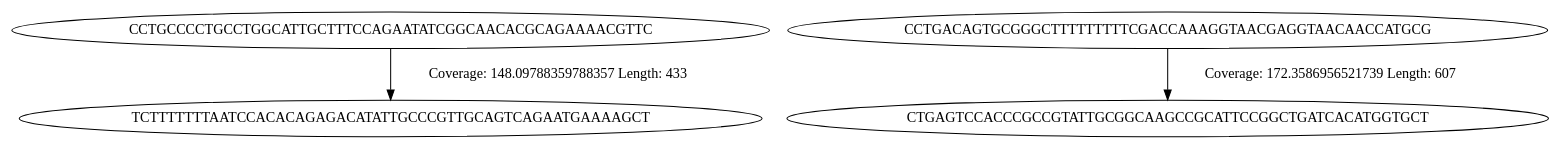
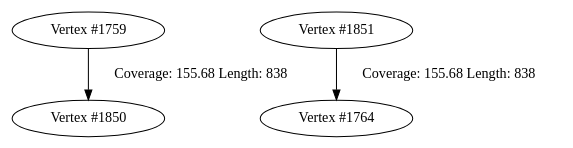
One commit to SacredArrow/NGS_HW changed the diagram in HW5/out1k.dot. Above: the diagram before and after it, drawn with Graphviz. The commit also changed 15 other files, not shown here.

```diff
--- a/HW5/out1k.dot
+++ b/HW5/out1k.dot
@@ -1,4 +1,4 @@
 digraph de_bruijn_graph {
-	CCTGCCCCTGCCTGGCATTGCTTTCCAGAATATCGGCAACACGCAGAAAACGTTC -> TCTTTTTTTAATCCACACAGAGACATATTGCCCGTTGCAGTCAGAATGAAAAGCT [label="Coverage: 148.09788359788357 Length: 433 "]
-	CCTGACAGTGCGGGCTTTTTTTTTCGACCAAAGGTAACGAGGTAACAACCATGCG -> CTGAGTCCACCCGCCGTATTGCGGCAAGCCGCATTCCGGCTGATCACATGGTGCT [label="Coverage: 172.3586956521739 Length: 607 "]
+	"Vertex #1759" -> "Vertex #1850" [label="Coverage: 155.68 Length: 838 "]
+	"Vertex #1851" -> "Vertex #1764" [label="Coverage: 155.68 Length: 838 "]
 }
```
